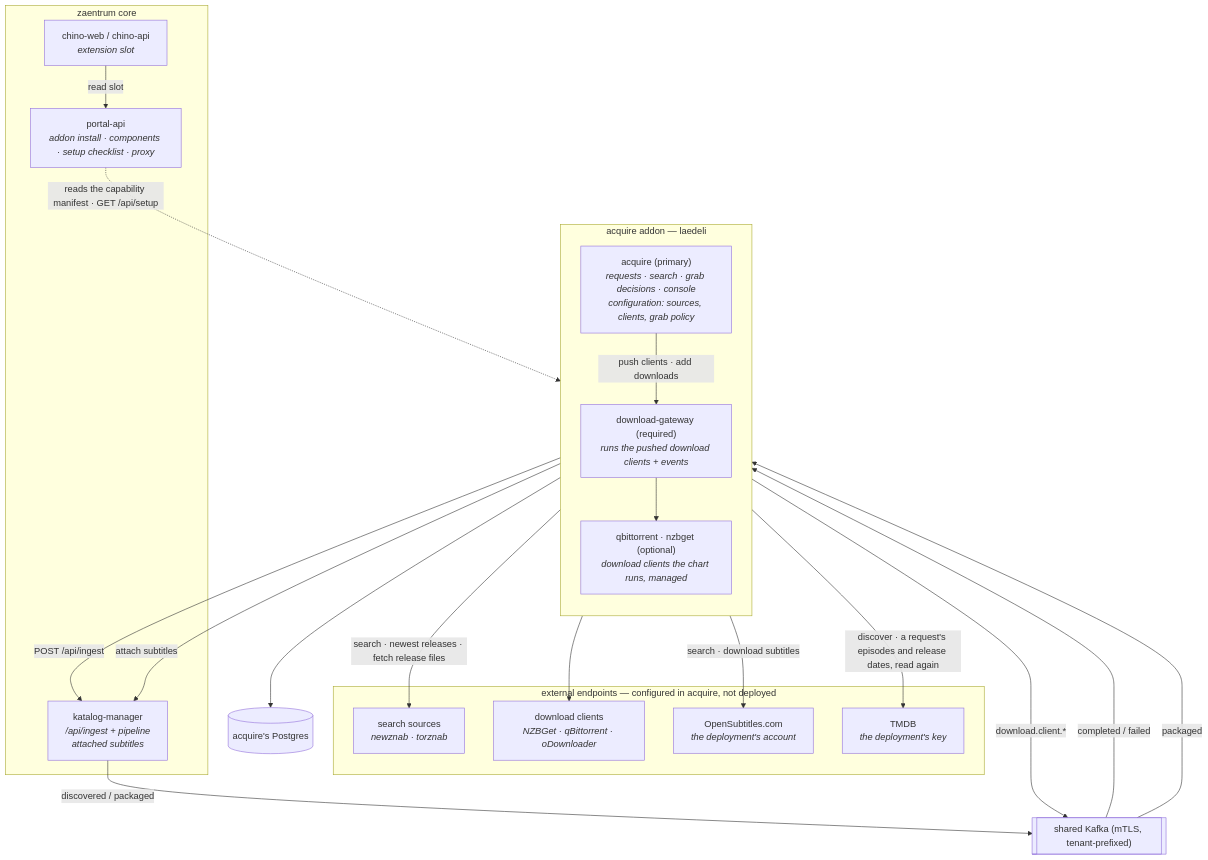
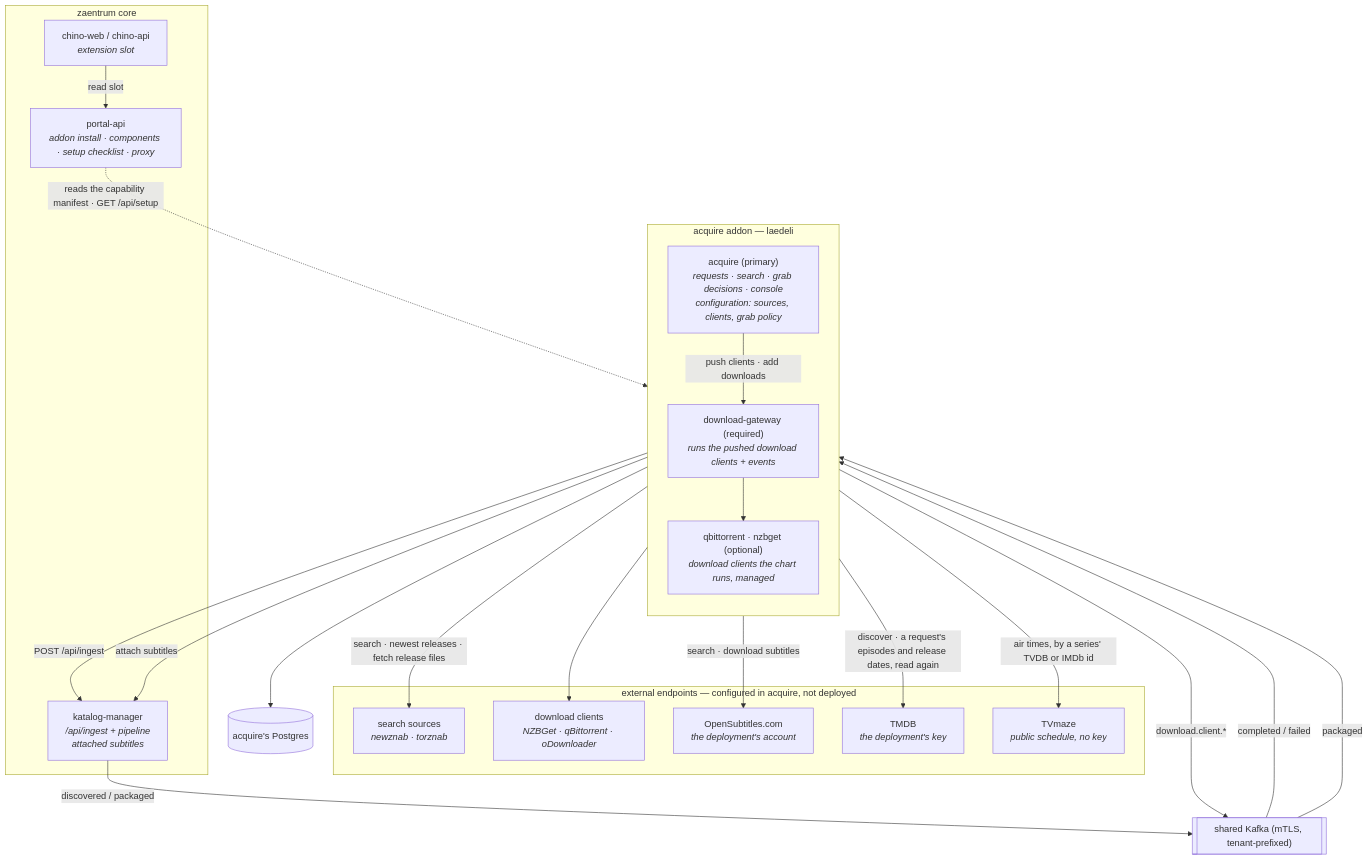
Before and after one commit to laedeli/acquire: the second of 2 diagrams in docs/architecture.md, drawn with Mermaid. The commit also changed 5 other files, not shown here.

````diff
--- a/docs/architecture.md
+++ b/docs/architecture.md
@@ -162,38 +162,40 @@
 ```mermaid
 flowchart TB
     subgraph addon["acquire addon — laedeli"]
         direction TB
         ACQ["acquire (primary)<br/><i>requests · search · grab decisions · console<br/>configuration: sources, clients, grab policy</i>"]
         GW["download-gateway (required)<br/><i>runs the pushed download clients + events</i>"]
         MDC["qbittorrent · nzbget (optional)<br/><i>download clients the chart runs, managed</i>"]
     end
     subgraph external["external endpoints — configured in acquire, not deployed"]
         SRC["search sources<br/><i>newznab · torznab</i>"]
         DC["download clients<br/><i>NZBGet · qBittorrent · oDownloader</i>"]
         OS["OpenSubtitles.com<br/><i>the deployment's account</i>"]
         TM["TMDB<br/><i>the deployment's key</i>"]
+        TVM["TVmaze<br/><i>public schedule, no key</i>"]
     end
     subgraph coreapp["zaentrum core"]
         POR["portal-api<br/><i>addon install · components · setup checklist · proxy</i>"]
         WEB["chino-web / chino-api<br/><i>extension slot</i>"]
         KMG["katalog-manager<br/><i>/api/ingest + pipeline<br/>attached subtitles</i>"]
     end
     DB[("acquire's Postgres")]
     BUS[["shared Kafka (mTLS, tenant-prefixed)"]]
 
     POR -.->|"reads the capability manifest · GET /api/setup"| ACQ
     WEB -->|"read slot"| POR
     ACQ --> DB
     ACQ -->|"search · newest releases · fetch release files"| SRC
     ACQ -->|"discover · a request's episodes and release dates, read again"| TM
+    ACQ -->|"air times, by a series' TVDB or IMDb id"| TVM
     ACQ -->|"push clients · add downloads"| GW
     GW --> DC
     GW --> MDC
     GW -->|"download.client.*"| BUS
     BUS -->|"completed / failed"| ACQ
     ACQ -->|"POST /api/ingest"| KMG
     ACQ -->|"search · download subtitles"| OS
     ACQ -->|"attach subtitles"| KMG
     KMG -->|"discovered / packaged"| BUS
     BUS -->|"packaged"| ACQ
 ```
````
